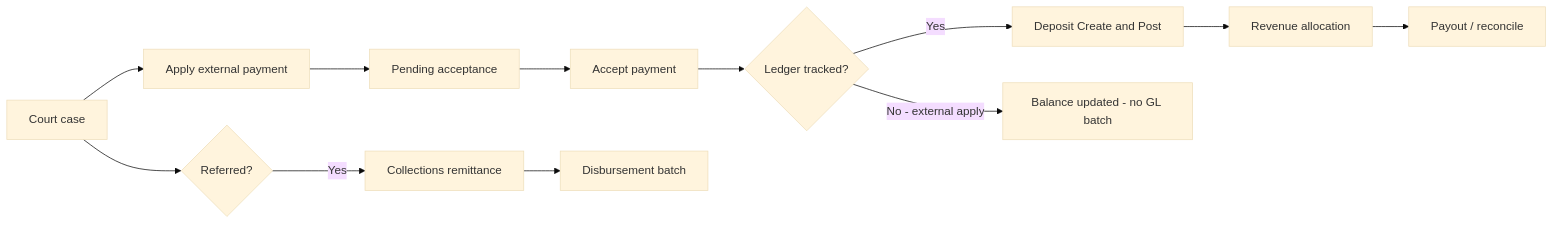
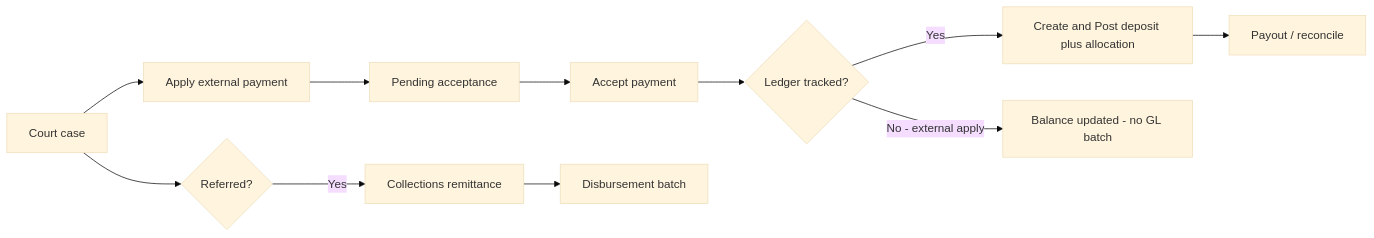
One commit to mkeslin/tls-docs-repo changed the diagram in customer/getting-started/journeys/court-payment-to-accounting.md. Above: the diagram before and after it, drawn with Mermaid (base theme). The commit also changed other lines of this file and 7 other files, not shown here.

Commit message:
Document 6.4.19 customer release notes and Create & Post deposit/RA guides.

````diff
--- a/customer/getting-started/journeys/court-payment-to-accounting.md
+++ b/customer/getting-started/journeys/court-payment-to-accounting.md
@@ -14,14 +14,13 @@
 ```mermaid
 flowchart LR
   A[Court case] --> B[Apply external payment]
   B --> C[Pending acceptance]
   C --> D[Accept payment]
   D --> E{Ledger tracked?}
-  E -->|Yes| F[Deposit Create and Post]
-  F --> G[Revenue allocation]
-  G --> H[Payout / reconcile]
+  E -->|Yes| F[Create and Post deposit plus allocation]
+  F --> H[Payout / reconcile]
   E -->|No - external apply| I[Balance updated - no GL batch]
   A --> J{Referred?}
   J -->|Yes| K[Collections remittance]
   K --> L[Disbursement batch]
 ```
````
